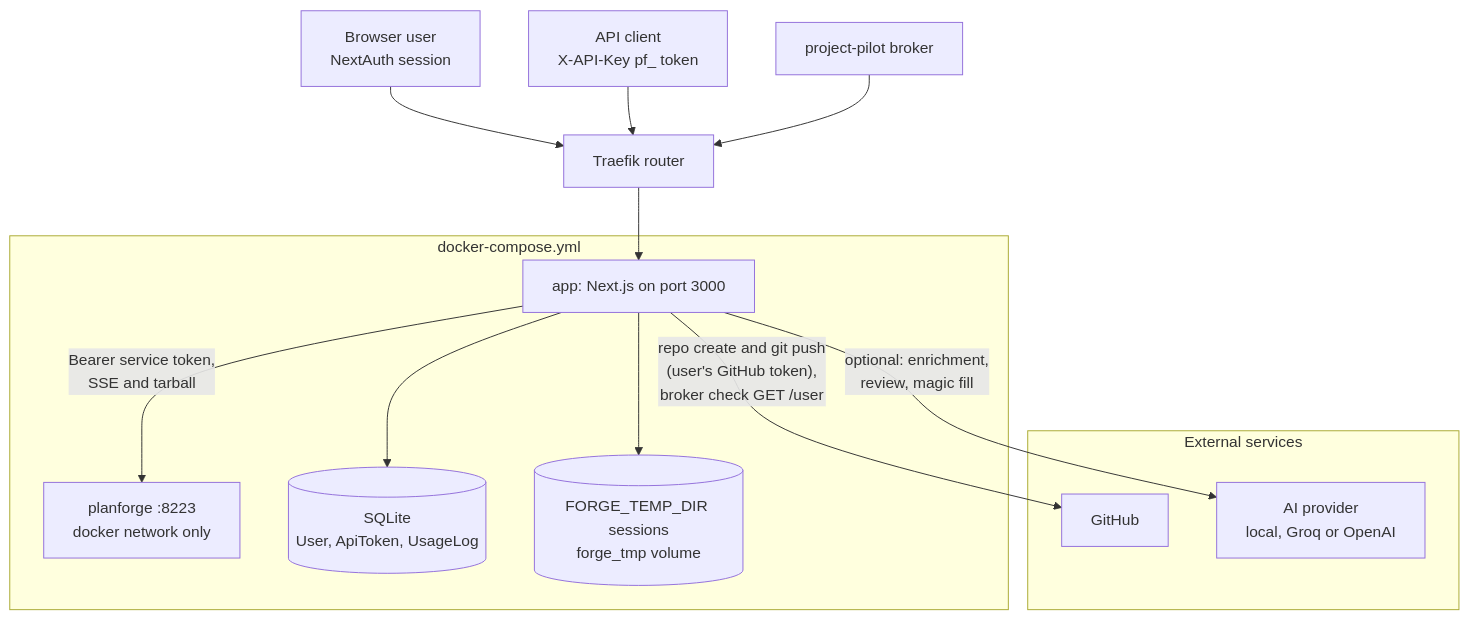
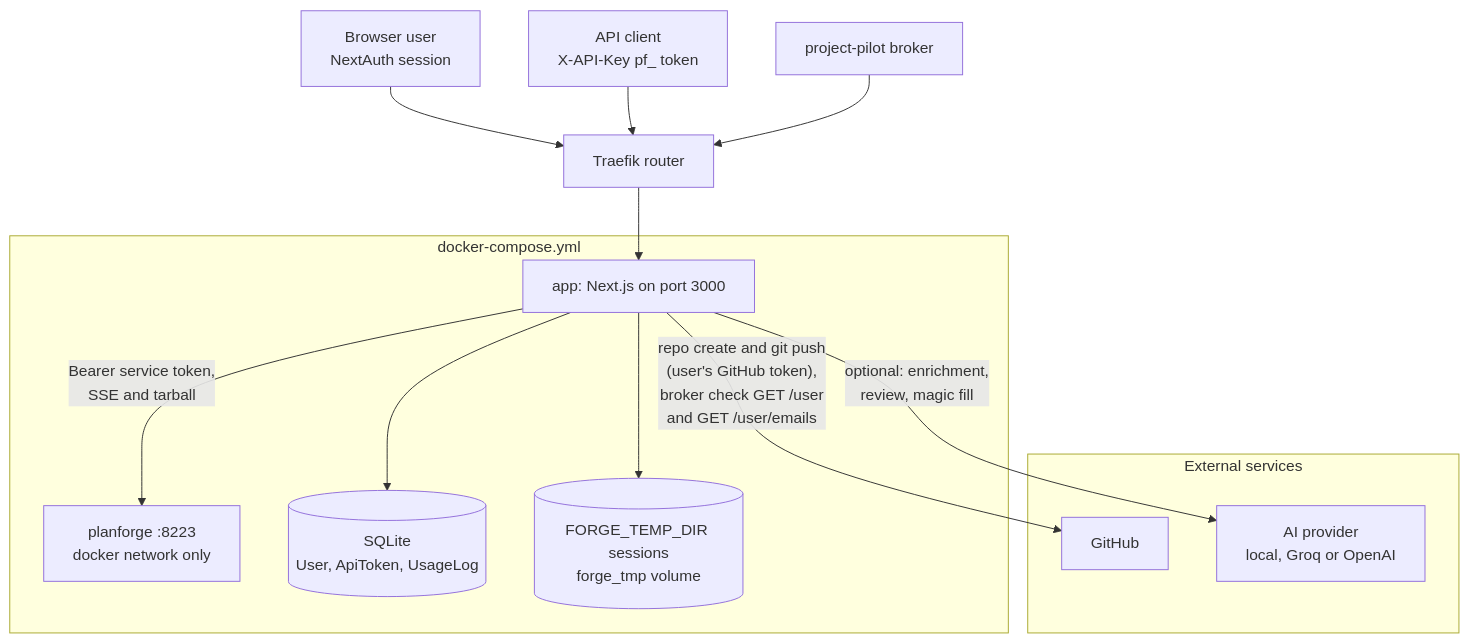
One commit to LanNguyenSi/project-forge changed the first of 2 diagrams in docs/architecture.md. Above: the diagram before and after it, drawn with Mermaid. The commit also changed other lines of this file and 7 other files, not shown here.

First line of the commit message:
fix(auth): broker keys rows on a GitHub-verified email, 409 instead of 500 on races (#218)

````diff
--- a/docs/architecture.md
+++ b/docs/architecture.md
@@ -20,22 +20,22 @@
 ```mermaid
 flowchart TD
   U["Browser user<br/>NextAuth session"] --> TR["Traefik router"]
   C["API client<br/>X-API-Key pf_ token"] --> TR
   B["project-pilot broker"] --> TR
   subgraph compose["docker-compose.yml"]
     APP["app: Next.js on port 3000"]
     PF["planforge :8223<br/>docker network only"]
     DB[("SQLite<br/>User, ApiToken, UsageLog")]
     TMP[("FORGE_TEMP_DIR sessions<br/>forge_tmp volume")]
   end
   TR --> APP
   APP -->|"Bearer service token,<br/>SSE and tarball"| PF
   APP --> DB
   APP --> TMP
   subgraph external["External services"]
     GH["GitHub"]
     AI["AI provider<br/>local, Groq or OpenAI"]
   end
-  APP -->|"repo create and git push<br/>(user's GitHub token),<br/>broker check GET /user"| GH
+  APP -->|"repo create and git push<br/>(user's GitHub token),<br/>broker check GET /user<br/>and GET /user/emails"| GH
   APP -->|"optional: enrichment,<br/>review, magic fill"| AI
 ```
````
